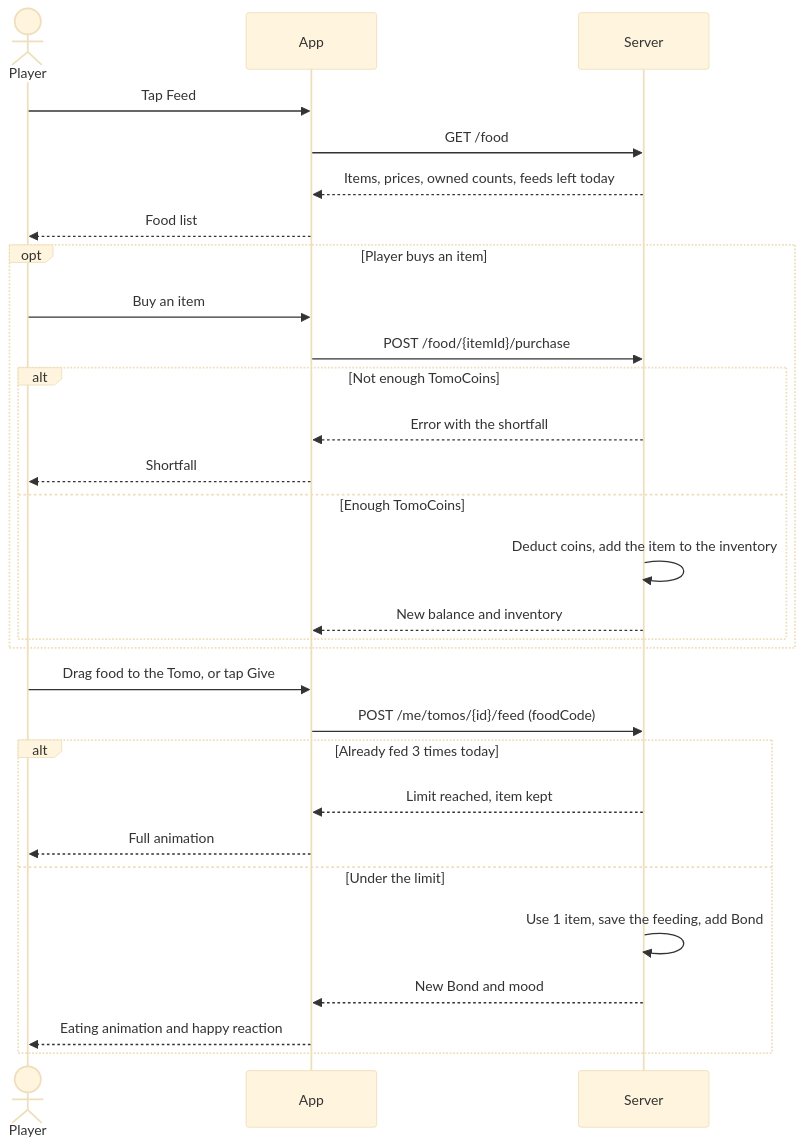
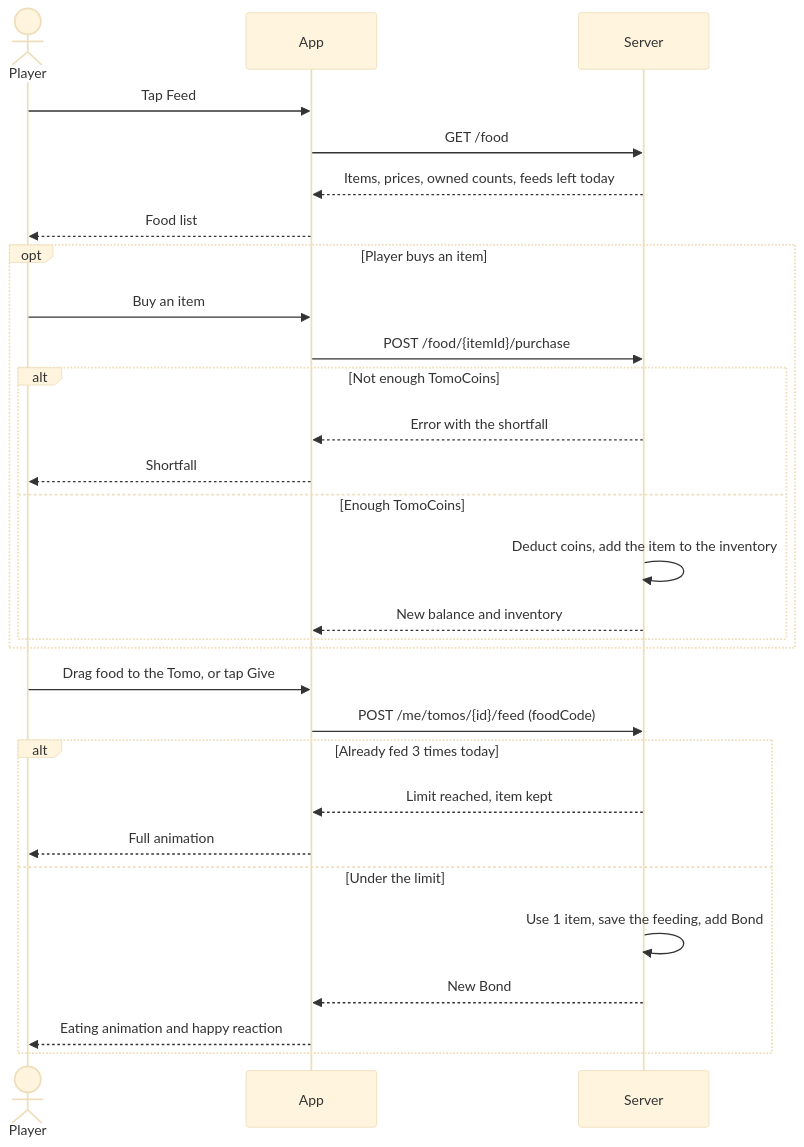
The diagram in docs/usecases/UC-18-feed-tomo.md (zhangs-tech/runtomo), drawn with Mermaid (base theme) before and after one commit. The commit also changed other lines of this file and 10 other files, not shown here.

````diff
--- a/docs/usecases/UC-18-feed-tomo.md
+++ b/docs/usecases/UC-18-feed-tomo.md
@@ -63,32 +63,32 @@
 ```mermaid
 sequenceDiagram
     actor P as Player
     participant A as App
     participant S as Server
 
     P->>A: Tap Feed
     A->>S: GET /food
     S-->>A: Items, prices, owned counts, feeds left today
     A-->>P: Food list
     opt Player buys an item
         P->>A: Buy an item
         A->>S: POST /food/{itemId}/purchase
         alt Not enough TomoCoins
             S-->>A: Error with the shortfall
             A-->>P: Shortfall
         else Enough TomoCoins
             S->>S: Deduct coins, add the item to the inventory
             S-->>A: New balance and inventory
         end
     end
     P->>A: Drag food to the Tomo, or tap Give
     A->>S: POST /me/tomos/{id}/feed (foodCode)
     alt Already fed 3 times today
         S-->>A: Limit reached, item kept
         A-->>P: Full animation
     else Under the limit
         S->>S: Use 1 item, save the feeding, add Bond
-        S-->>A: New Bond and mood
+        S-->>A: New Bond
         A-->>P: Eating animation and happy reaction
     end
 ```
````
